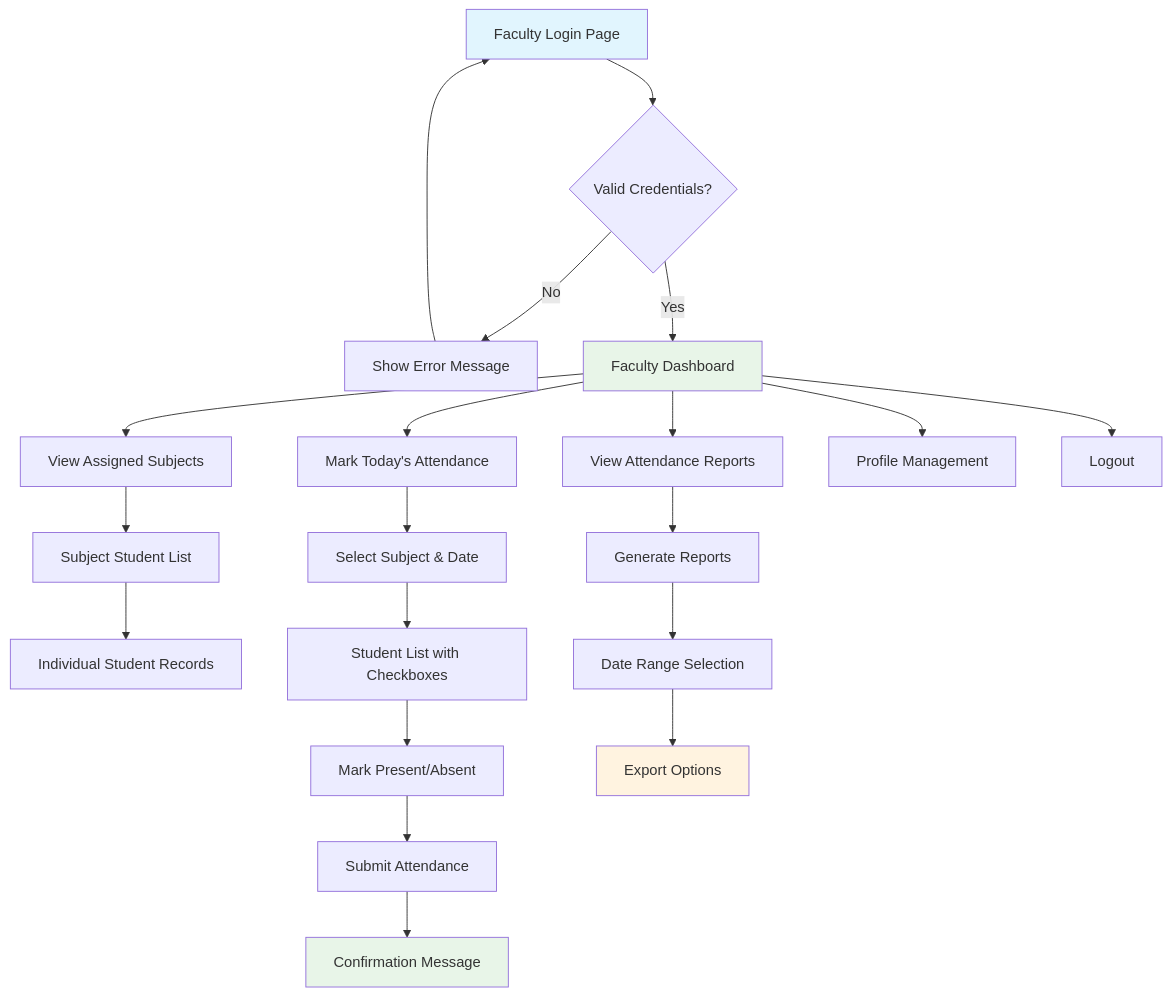
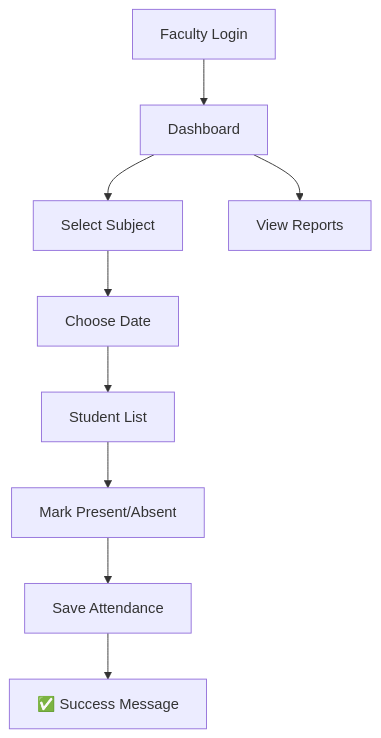
The second of 3 diagrams in README.md (shahdhairyah/Attendance-system), drawn with Mermaid before and after one commit. The commit also changed other lines of this file, not shown here.

````diff
--- a/README.md
+++ b/README.md
@@ -122,27 +50,11 @@
 ```mermaid
-graph TD
-    A[Faculty Login Page] --> B{Valid Credentials?}
-    B -->|No| C[Show Error Message]
-    C --> A
-    B -->|Yes| D[Faculty Dashboard]
-    D --> E[View Assigned Subjects]
-    D --> F[Mark Today's Attendance]
-    D --> G[View Attendance Reports]
-    E --> H[Subject Student List]
-    H --> I[Individual Student Records]
-    F --> J[Select Subject & Date]
-    J --> K[Student List with Checkboxes]
-    K --> L[Mark Present/Absent]
-    L --> M[Submit Attendance]
-    M --> N[Confirmation Message]
-    G --> O[Generate Reports]
-    O --> P[Date Range Selection]
-    P --> Q[Export Options]
-    D --> R[Profile Management]
-    D --> S[Logout]
-    
-    style A fill:#e1f5fe
-    style D fill:#e8f5e8
-    style N fill:#e8f5e8
-    style Q fill:#fff3e0
+flowchart TD
+    A[Faculty Login] --> B[Dashboard]
+    B --> C[Select Subject]
+    B --> D[View Reports]
+    C --> E[Choose Date]
+    E --> F[Student List]
+    F --> G[Mark Present/Absent]
+    G --> H[Save Attendance]
+    H --> I[✅ Success Message]
 ```
````
